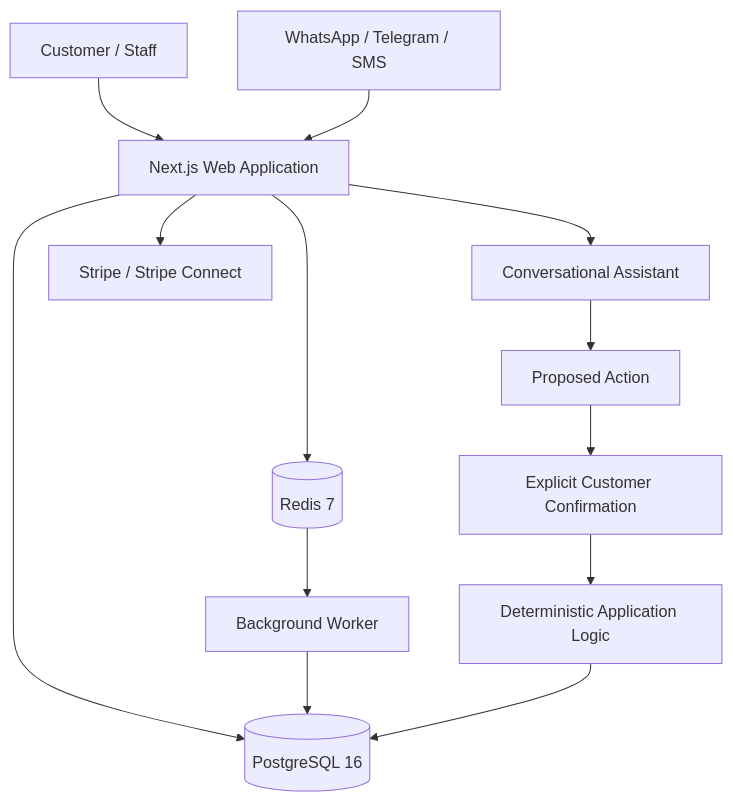
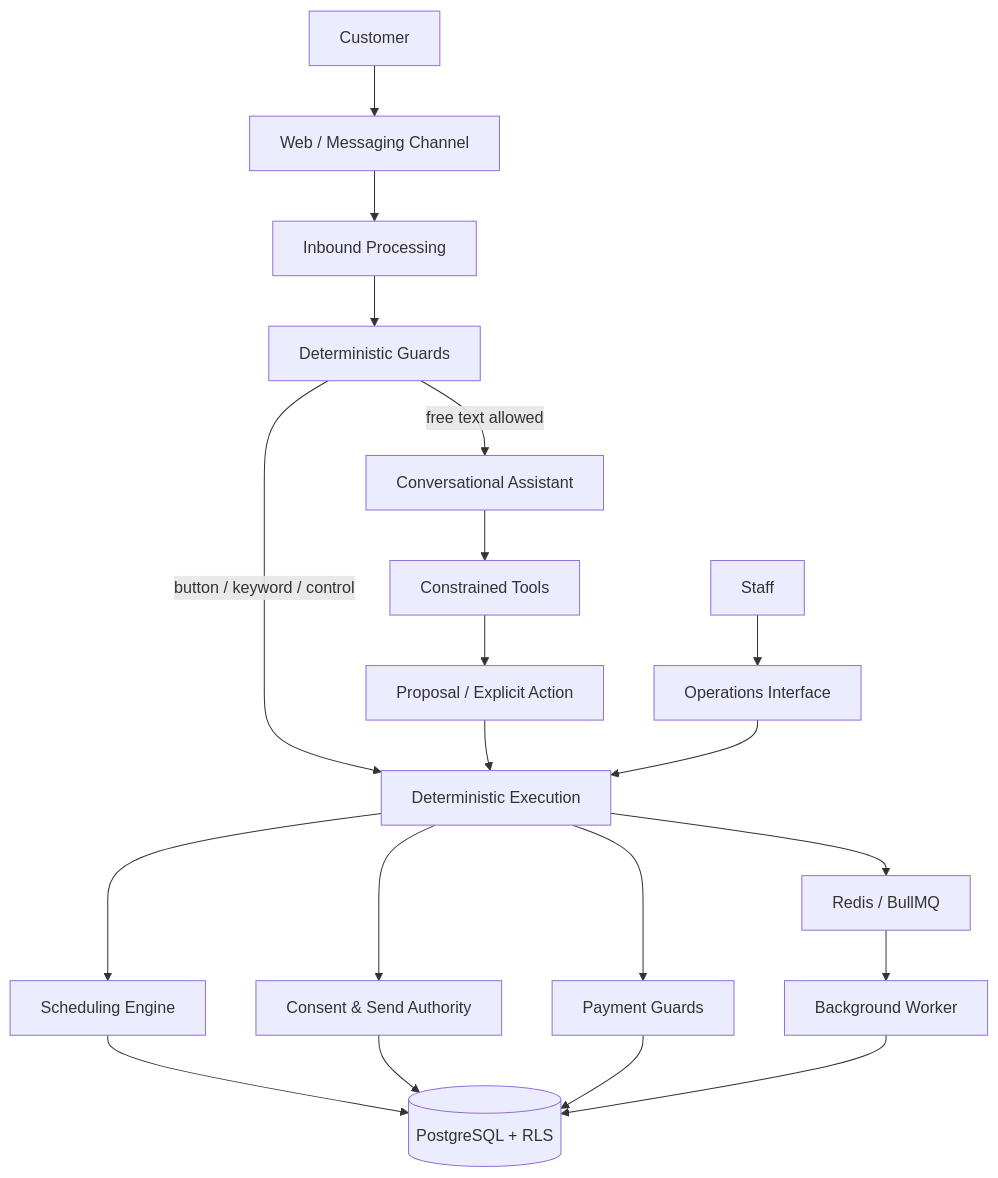
Before and after one commit to Reneknt/racb-ai-automation-portfolio: the diagram in projects/turno.md, drawn with Mermaid. The commit also changed other lines of this file, not shown here.

````diff
--- a/projects/turno.md
+++ b/projects/turno.md
@@ -52,15 +59,22 @@
 ```mermaid
 flowchart TB
-    CLIENT[Customer / Staff] --> WEB[Next.js Web Application]
-    CHANNELS[WhatsApp / Telegram / SMS] --> WEB
-    WEB --> DB[(PostgreSQL 16)]
-    WEB --> REDIS[(Redis 7)]
-    REDIS --> WORKER[Background Worker]
+    CUSTOMER[Customer] --> CHANNEL[Web / Messaging Channel]
+    STAFF[Staff] --> WEB[Operations Interface]
+    CHANNEL --> INBOUND[Inbound Processing]
+    INBOUND --> RULES[Deterministic Guards]
+    RULES -->|free text allowed| AGENT[Conversational Assistant]
+    RULES -->|button / keyword / control| EXEC[Deterministic Execution]
+    AGENT --> TOOLS[Constrained Tools]
+    TOOLS --> PROPOSAL[Proposal / Explicit Action]
+    PROPOSAL --> EXEC
+    WEB --> EXEC
+    EXEC --> SCHEDULE[Scheduling Engine]
+    EXEC --> CONSENT[Consent & Send Authority]
+    EXEC --> PAYMENTS[Payment Guards]
+    EXEC --> QUEUE[Redis / BullMQ]
+    SCHEDULE --> DB[(PostgreSQL + RLS)]
+    CONSENT --> DB
+    PAYMENTS --> DB
+    QUEUE --> WORKER[Background Worker]
     WORKER --> DB
-    WEB --> AI[Conversational Assistant]
-    AI --> PROPOSAL[Proposed Action]
-    PROPOSAL --> CONFIRM[Explicit Customer Confirmation]
-    CONFIRM --> LOGIC[Deterministic Application Logic]
-    LOGIC --> DB
-    WEB --> PAYMENTS[Stripe / Stripe Connect]
 ```
````
